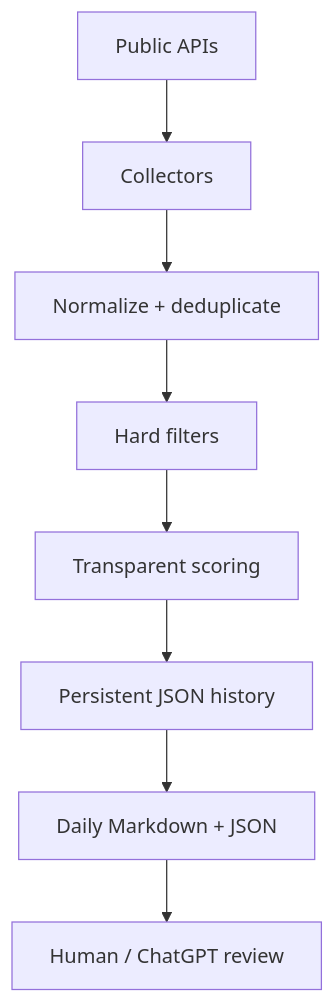
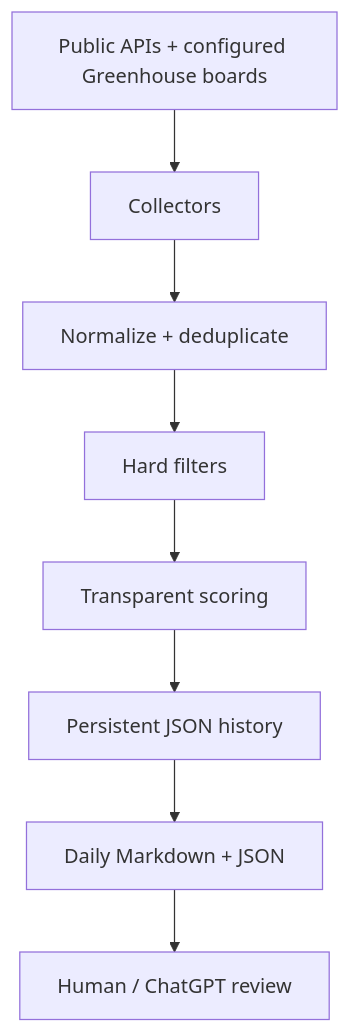
Before and after one commit to bsdevda/cyber-job-radar: the diagram in README.md, drawn with Mermaid. The commit also changed other lines of this file and 21 other files, not shown here.

````diff
--- a/README.md
+++ b/README.md
@@ -27,10 +30,10 @@
 ```mermaid
 flowchart TD
-    A["Public APIs"] --> B["Collectors"]
+    A["Public APIs + configured Greenhouse boards"] --> B["Collectors"]
     B --> C["Normalize + deduplicate"]
     C --> D["Hard filters"]
     D --> E["Transparent scoring"]
     E --> F["Persistent JSON history"]
     F --> G["Daily Markdown + JSON"]
     G --> H["Human / ChatGPT review"]
 ```
````
